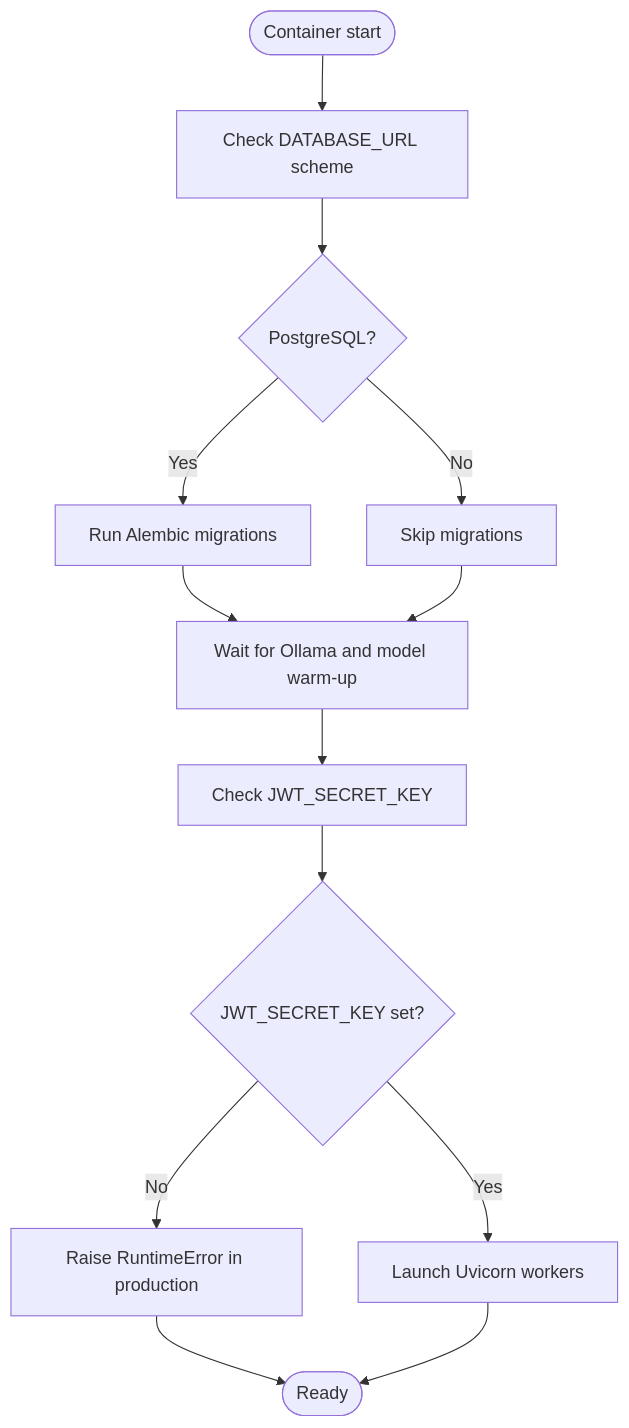
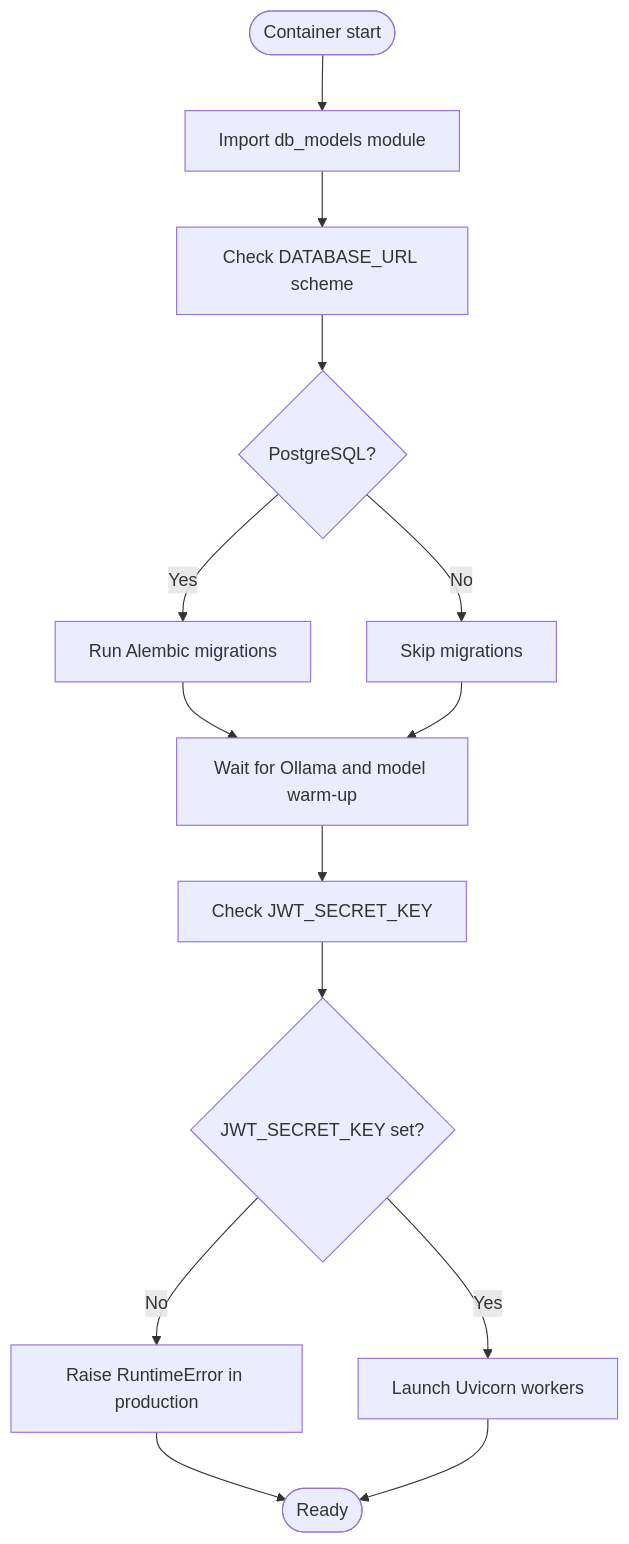
The third of 12 diagrams in .qoder/repowiki/en/content/Deployment & DevOps/Docker Configuration.md (Revanththetalogics/aireume), drawn with Mermaid before and after one commit. The commit also changed other lines of this file and 58 other files, not shown here.

````diff
--- a/.qoder/repowiki/en/content/Deployment & DevOps/Docker Configuration.md
+++ b/.qoder/repowiki/en/content/Deployment & DevOps/Docker Configuration.md
@@ -234,15 +282,16 @@
 ```mermaid
 flowchart TD
-Start(["Container start"]) --> CheckDB["Check DATABASE_URL scheme"]
+Start(["Container start"]) --> ImportModels["Import db_models module"]
+ImportModels --> CheckDB["Check DATABASE_URL scheme"]
 CheckDB --> IsPG{"PostgreSQL?"}
 IsPG --> |Yes| RunMigrations["Run Alembic migrations"]
 IsPG --> |No| SkipMigrations["Skip migrations"]
 RunMigrations --> WaitOllama["Wait for Ollama and model warm-up"]
 SkipMigrations --> WaitOllama
 WaitOllama --> CheckJWT["Check JWT_SECRET_KEY"]
 CheckJWT --> JWTValid{"JWT_SECRET_KEY set?"}
 JWTValid --> |Yes| LaunchUvicorn["Launch Uvicorn workers"]
 JWTValid --> |No| RaiseError["Raise RuntimeError in production"]
 RaiseError --> End(["Failed"])
 LaunchUvicorn --> End(["Ready"])
 ```
````
